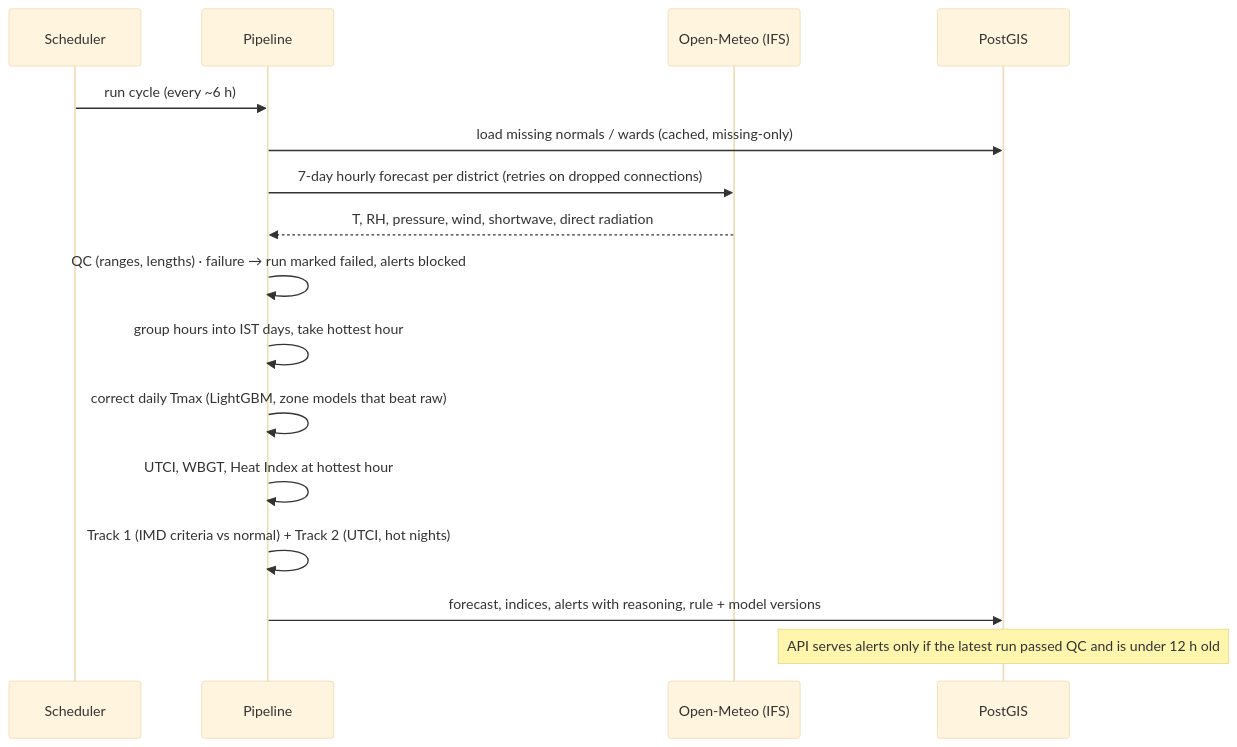
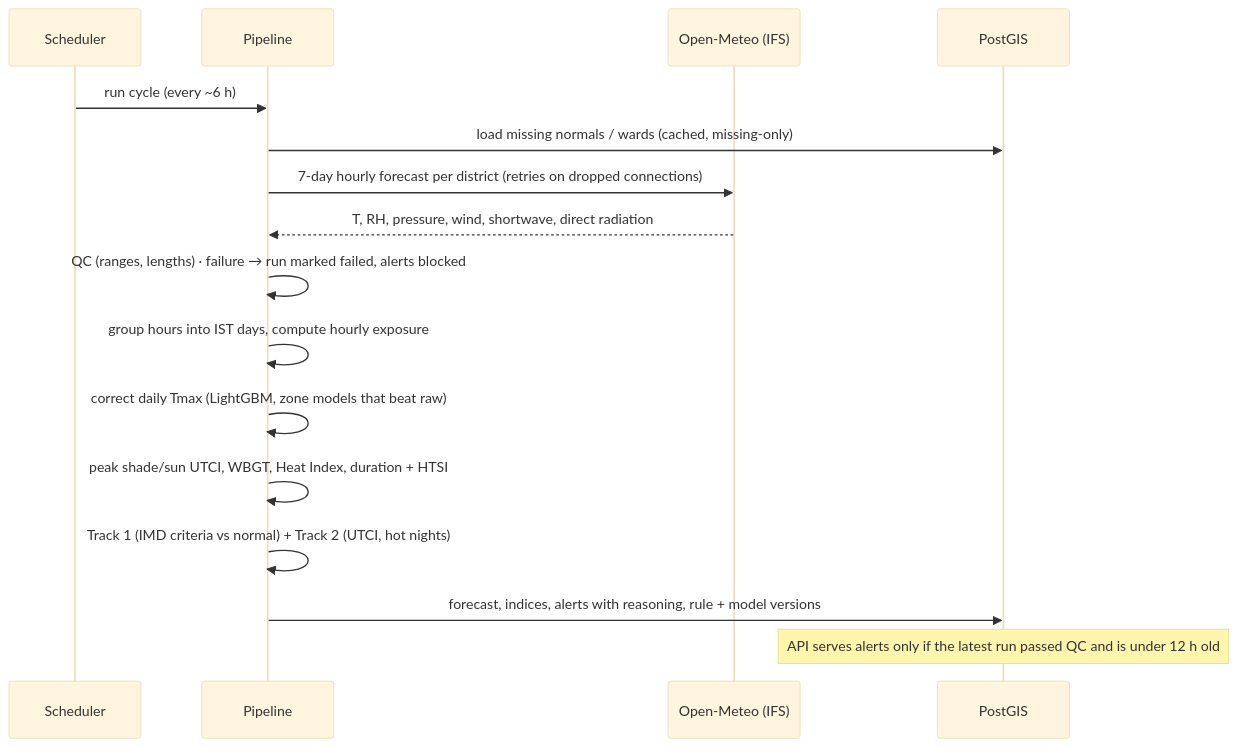
One commit to Aryamann002/heatwave-ews changed the second of 4 diagrams in docs/PROJECT_OVERVIEW.md. Above: the diagram before and after it, drawn with Mermaid (base theme). The commit also changed other lines of this file and 37 other files, not shown here.

````diff
--- a/docs/PROJECT_OVERVIEW.md
+++ b/docs/PROJECT_OVERVIEW.md
@@ -114,18 +114,18 @@
 ```mermaid
 sequenceDiagram
   participant S as Scheduler
   participant P as Pipeline
   participant OM as Open-Meteo (IFS)
   participant DB as PostGIS
   S->>P: run cycle (every ~6 h)
   P->>DB: load missing normals / wards (cached, missing-only)
   P->>OM: 7-day hourly forecast per district (retries on dropped connections)
   OM-->>P: T, RH, pressure, wind, shortwave, direct radiation
   P->>P: QC (ranges, lengths) · failure → run marked failed, alerts blocked
-  P->>P: group hours into IST days, take hottest hour
+  P->>P: group hours into IST days, compute hourly exposure
   P->>P: correct daily Tmax (LightGBM, zone models that beat raw)
-  P->>P: UTCI, WBGT, Heat Index at hottest hour
+  P->>P: peak shade/sun UTCI, WBGT, Heat Index, duration + HTSI
   P->>P: Track 1 (IMD criteria vs normal) + Track 2 (UTCI, hot nights)
   P->>DB: forecast, indices, alerts with reasoning, rule + model versions
   Note over DB: API serves alerts only if the latest run passed QC and is under 12 h old
 ```
````
